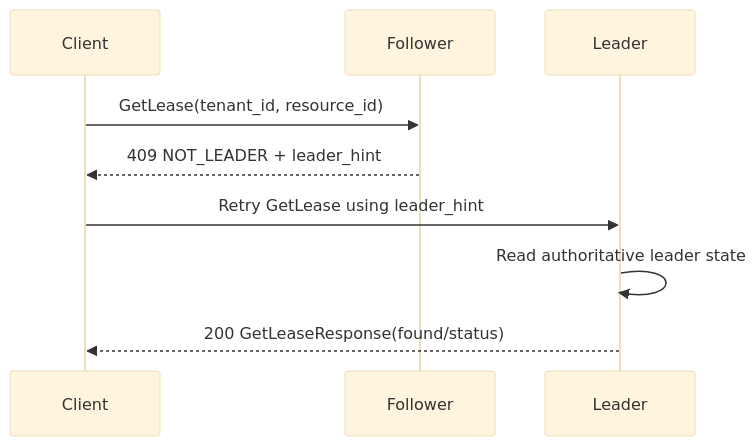
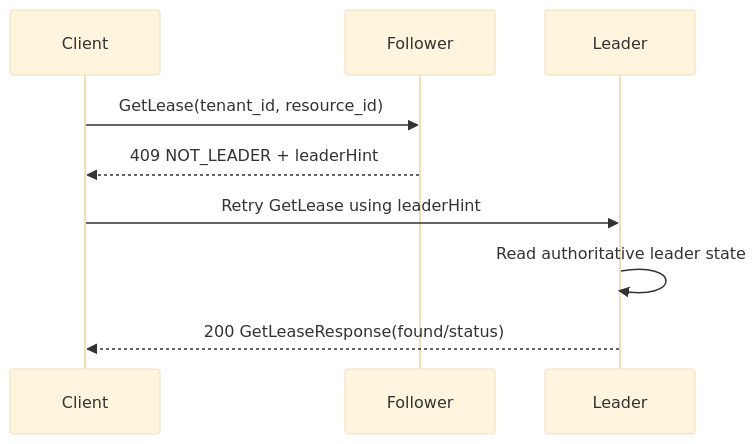
Before and after one commit to richrobertson/tenure: the eighth of 12 diagrams in docs/diagrams/request-flow.md, drawn with Mermaid (base theme). The commit also changed other lines of this file, not shown here.

Commit message:
Fix request-flow diagram accuracy

````diff
--- a/docs/diagrams/request-flow.md
+++ b/docs/diagrams/request-flow.md
@@ -138,12 +138,12 @@
 ```mermaid
 sequenceDiagram
     participant C as Client
     participant F as Follower
     participant L as Leader
 
     C->>F: GetLease(tenant_id, resource_id)
-    F-->>C: 409 NOT_LEADER + leader_hint
-    C->>L: Retry GetLease using leader_hint
+    F-->>C: 409 NOT_LEADER + leaderHint
+    C->>L: Retry GetLease using leaderHint
     L->>L: Read authoritative leader state
     L-->>C: 200 GetLeaseResponse(found/status)
 ```
````
